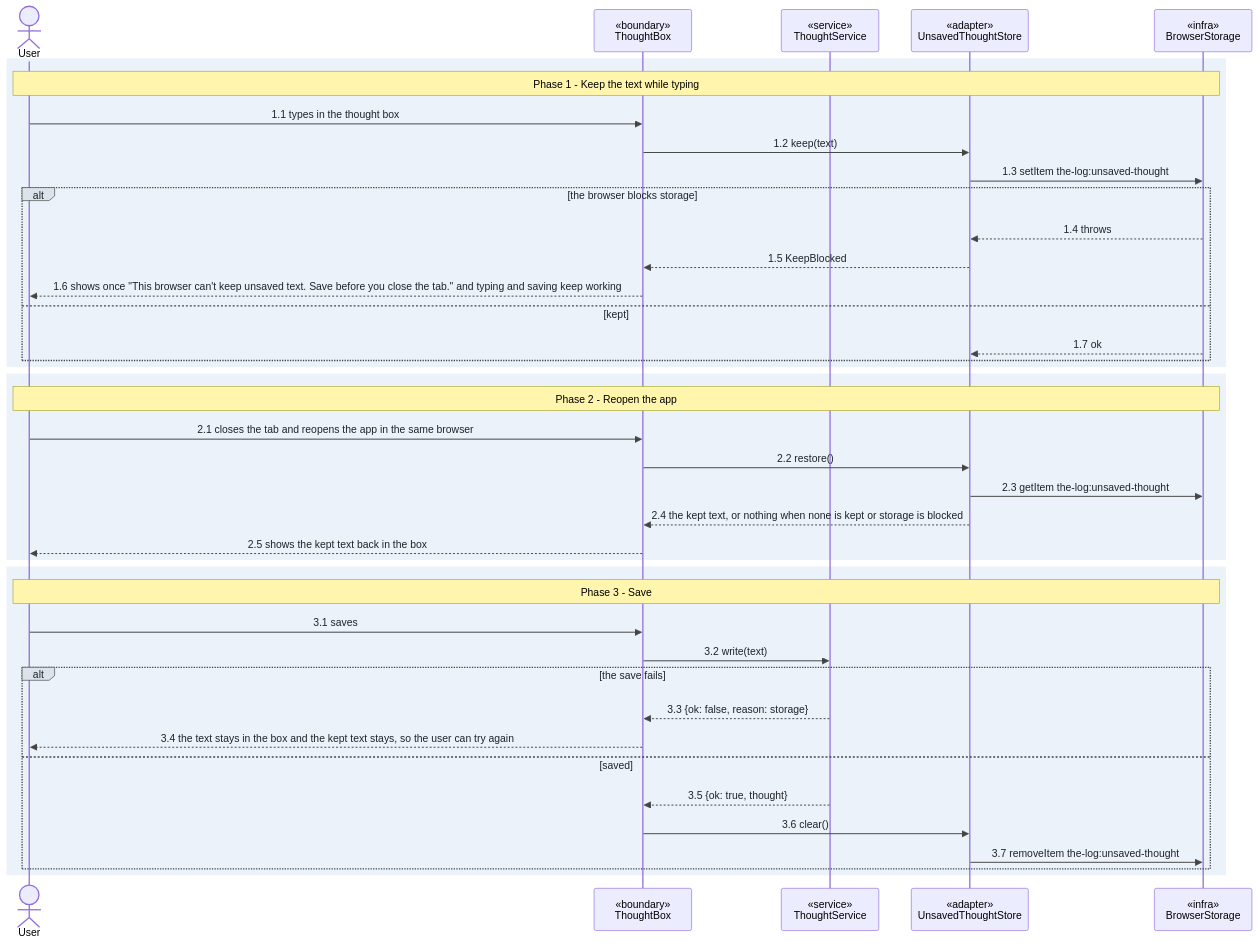
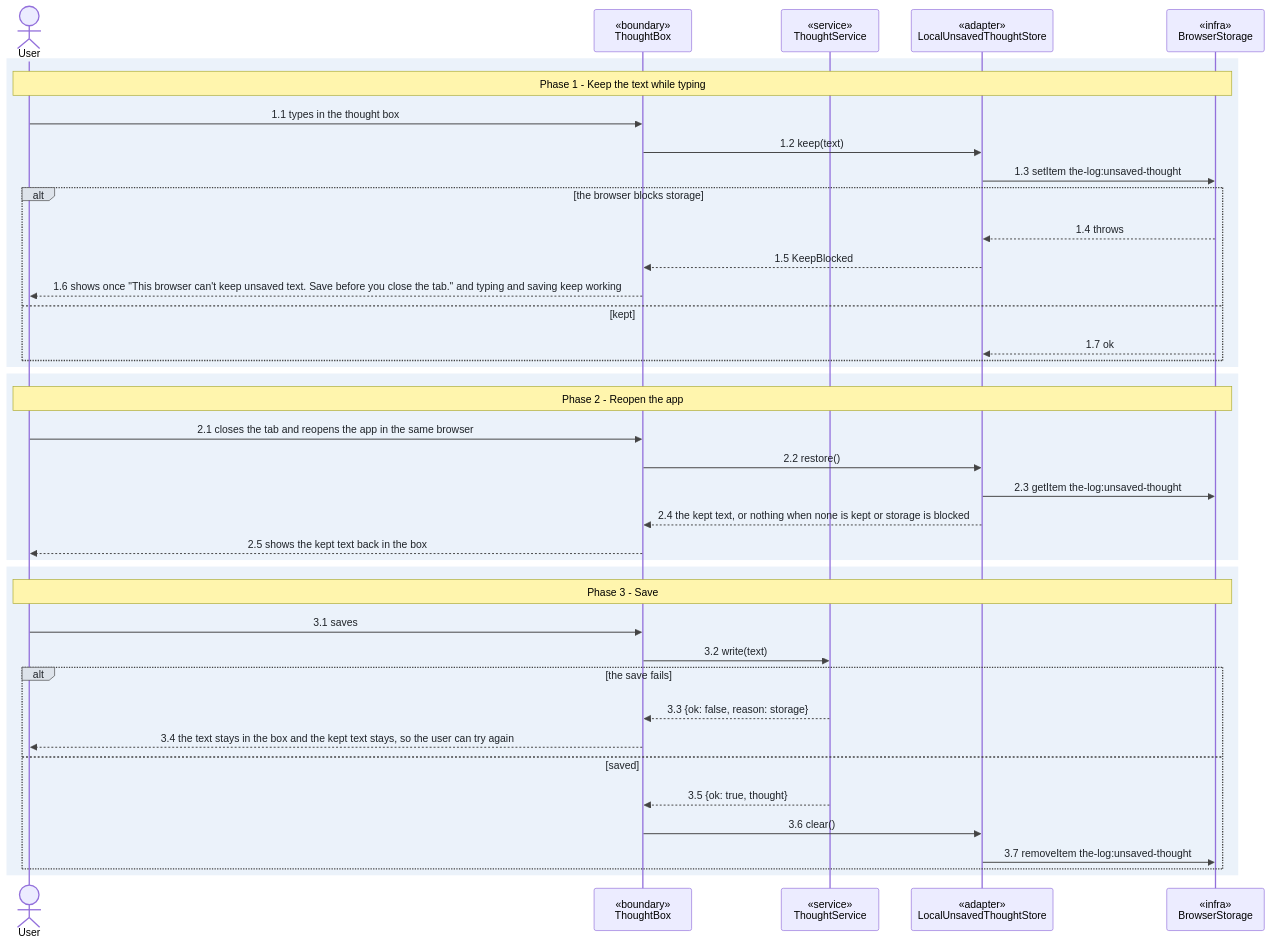
One commit to joisse1101/the-log changed the fourth of 7 diagrams in wiki/thoughts/design.md. Above: the diagram before and after it, drawn with Mermaid. The commit also changed other lines of this file and 17 other files, not shown here.

````diff
--- a/wiki/thoughts/design.md
+++ b/wiki/thoughts/design.md
@@ -323,43 +328,43 @@
 ```mermaid
 %%{init: {'themeVariables': {'signalTextColor':'#1f2328','labelTextColor':'#1f2328','loopTextColor':'#1f2328','signalColor':'#444','labelBoxBkgColor':'#dde3ea','labelBoxBorderColor':'#444'}}}%%
 sequenceDiagram
   actor U as User
   participant B as «boundary»<br/>ThoughtBox
   participant S as «service»<br/>ThoughtService
-  participant US as «adapter»<br/>UnsavedThoughtStore
+  participant US as «adapter»<br/>LocalUnsavedThoughtStore
   participant BS as «infra»<br/>BrowserStorage
   rect rgb(235, 242, 250)
     Note over U,BS: Phase 1 - Keep the text while typing
     U->>B: 1.1 types in the thought box
     B->>US: 1.2 keep(text)
     US->>BS: 1.3 setItem the-log:unsaved-thought
     alt the browser blocks storage
       BS-->>US: 1.4 throws
       US-->>B: 1.5 KeepBlocked
       B-->>U: 1.6 shows once "This browser can't keep unsaved text. Save before you close the tab." and typing and saving keep working
     else kept
       BS-->>US: 1.7 ok
     end
   end
   rect rgb(235, 242, 250)
     Note over U,BS: Phase 2 - Reopen the app
     U->>B: 2.1 closes the tab and reopens the app in the same browser
     B->>US: 2.2 restore()
     US->>BS: 2.3 getItem the-log:unsaved-thought
     US-->>B: 2.4 the kept text, or nothing when none is kept or storage is blocked
     B-->>U: 2.5 shows the kept text back in the box
   end
   rect rgb(235, 242, 250)
     Note over U,BS: Phase 3 - Save
     U->>B: 3.1 saves
     B->>S: 3.2 write(text)
     alt the save fails
       S-->>B: 3.3 {ok: false, reason: storage}
       B-->>U: 3.4 the text stays in the box and the kept text stays, so the user can try again
     else saved
       S-->>B: 3.5 {ok: true, thought}
       B->>US: 3.6 clear()
       US->>BS: 3.7 removeItem the-log:unsaved-thought
     end
   end
 ```
````
